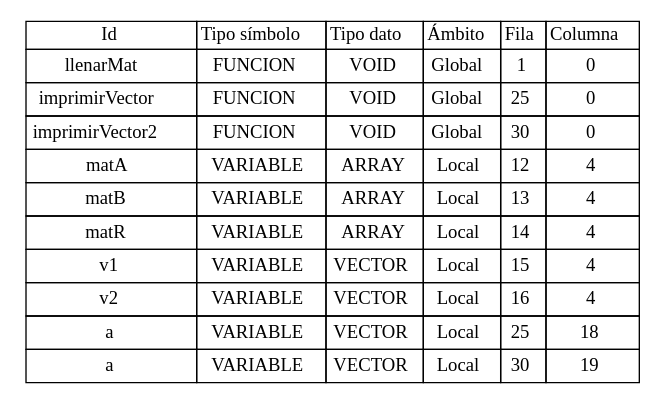
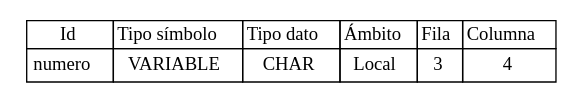
One commit to Jodyannre/COMPI2_proyecto2_2022 changed the diagram in Back/Web/tablas/tablaSimbolos.dot. Above: the diagram before and after it, drawn with Graphviz. The commit also changed 20 other files, not shown here.

```diff
--- a/Back/Web/tablas/tablaSimbolos.dot
+++ b/Back/Web/tablas/tablaSimbolos.dot
@@ -1,198 +1,36 @@
 
 	digraph {
 		tablaSimbolos [
 		  shape=plaintext
 		  label=<
 			<table border='0' cellborder='1' color='black' cellspacing='0'>
 			  <tr>
 				  <td>Id</td>
 				  <td>Tipo símbolo</td>
 				  <td>Tipo dato</td>
 				  <td>Ámbito</td>
 				  <td>Fila</td>
 				  <td>Columna</td>
 			  </tr>
 	
 <tr>
 <td cellpadding='4'>
-llenarMat
-</td>
-<td cellpadding='4'>FUNCION
-</td>
-<td cellpadding='4'>VOID
-</td>
-<td cellpadding='4'>Global
-</td>
-<td cellpadding='4'>
-1
-</td>
-<td cellpadding='4'>
-0
-</td>
-</tr>
-
-<tr>
-<td cellpadding='4'>
-imprimirVector
-</td>
-<td cellpadding='4'>FUNCION
-</td>
-<td cellpadding='4'>VOID
-</td>
-<td cellpadding='4'>Global
-</td>
-<td cellpadding='4'>
-25
-</td>
-<td cellpadding='4'>
-0
-</td>
-</tr>
-
-<tr>
-<td cellpadding='4'>
-imprimirVector2
-</td>
-<td cellpadding='4'>FUNCION
-</td>
-<td cellpadding='4'>VOID
-</td>
-<td cellpadding='4'>Global
-</td>
-<td cellpadding='4'>
-30
-</td>
-<td cellpadding='4'>
-0
-</td>
-</tr>
-
-<tr>
-<td cellpadding='4'>
-matA
+numero
 </td>
 <td cellpadding='4'>VARIABLE
 </td>
-<td cellpadding='4'>ARRAY
+<td cellpadding='4'>CHAR
 </td>
 <td cellpadding='4'>Local
 </td>
 <td cellpadding='4'>
-12
+3
 </td>
 <td cellpadding='4'>
 4
 </td>
 </tr>
 
-<tr>
-<td cellpadding='4'>
-matB
-</td>
-<td cellpadding='4'>VARIABLE
-</td>
-<td cellpadding='4'>ARRAY
-</td>
-<td cellpadding='4'>Local
-</td>
-<td cellpadding='4'>
-13
-</td>
-<td cellpadding='4'>
-4
-</td>
-</tr>
-
-<tr>
-<td cellpadding='4'>
-matR
-</td>
-<td cellpadding='4'>VARIABLE
-</td>
-<td cellpadding='4'>ARRAY
-</td>
-<td cellpadding='4'>Local
-</td>
-<td cellpadding='4'>
-14
-</td>
-<td cellpadding='4'>
-4
-</td>
-</tr>
-
-<tr>
-<td cellpadding='4'>
-v1
-</td>
-<td cellpadding='4'>VARIABLE
-</td>
-<td cellpadding='4'>VECTOR
-</td>
-<td cellpadding='4'>Local
-</td>
-<td cellpadding='4'>
-15
-</td>
-<td cellpadding='4'>
-4
-</td>
-</tr>
-
-<tr>
-<td cellpadding='4'>
-v2
-</td>
-<td cellpadding='4'>VARIABLE
-</td>
-<td cellpadding='4'>VECTOR
-</td>
-<td cellpadding='4'>Local
-</td>
-<td cellpadding='4'>
-16
-</td>
-<td cellpadding='4'>
-4
-</td>
-</tr>
-
-<tr>
-<td cellpadding='4'>
-a
-</td>
-<td cellpadding='4'>VARIABLE
-</td>
-<td cellpadding='4'>VECTOR
-</td>
-<td cellpadding='4'>Local
-</td>
-<td cellpadding='4'>
-25
-</td>
-<td cellpadding='4'>
-18
-</td>
-</tr>
-
-<tr>
-<td cellpadding='4'>
-a
-</td>
-<td cellpadding='4'>VARIABLE
-</td>
-<td cellpadding='4'>VECTOR
-</td>
-<td cellpadding='4'>Local
-</td>
-<td cellpadding='4'>
-30
-</td>
-<td cellpadding='4'>
-19
-</td>
-</tr>
-
 		</table>
 		>];
 	}
```
